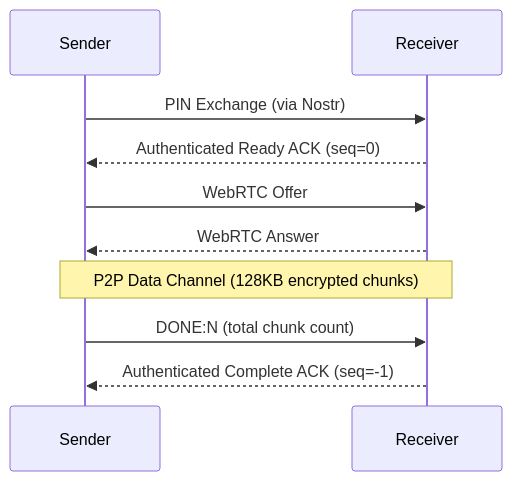
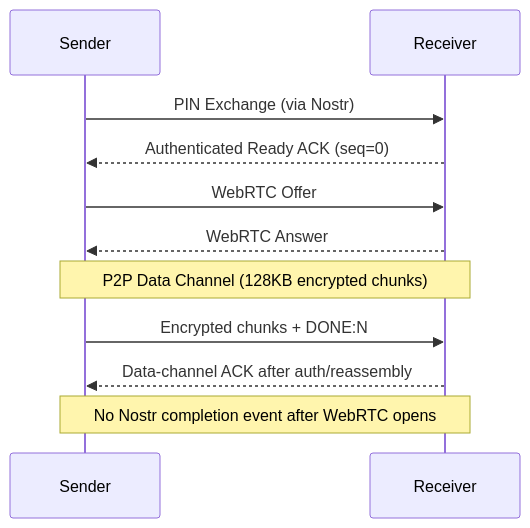
The first of 4 diagrams in docs/ARCHITECTURE.md (andrewtheguy/secure-send-web), drawn with Mermaid before and after one commit. The commit also changed other lines of this file and 7 other files, not shown here.

Commit message:
feat: update documentation and code comments for clarity on WebRTC data-channel protocol and ACK handling

````diff
--- a/docs/ARCHITECTURE.md
+++ b/docs/ARCHITECTURE.md
@@ -33,12 +34,13 @@
 ```mermaid
 sequenceDiagram
     participant Sender
     participant Receiver
     Sender->>Receiver: PIN Exchange (via Nostr)
     Receiver-->>Sender: Authenticated Ready ACK (seq=0)
     Sender->>Receiver: WebRTC Offer
     Receiver-->>Sender: WebRTC Answer
     Note over Sender,Receiver: P2P Data Channel (128KB encrypted chunks)
-    Sender->>Receiver: DONE:N (total chunk count)
-    Receiver-->>Sender: Authenticated Complete ACK (seq=-1)
+    Sender->>Receiver: Encrypted chunks + DONE:N
+    Receiver-->>Sender: Data-channel ACK after auth/reassembly
+    Note over Sender,Receiver: No Nostr completion event after WebRTC opens
 ```
````
